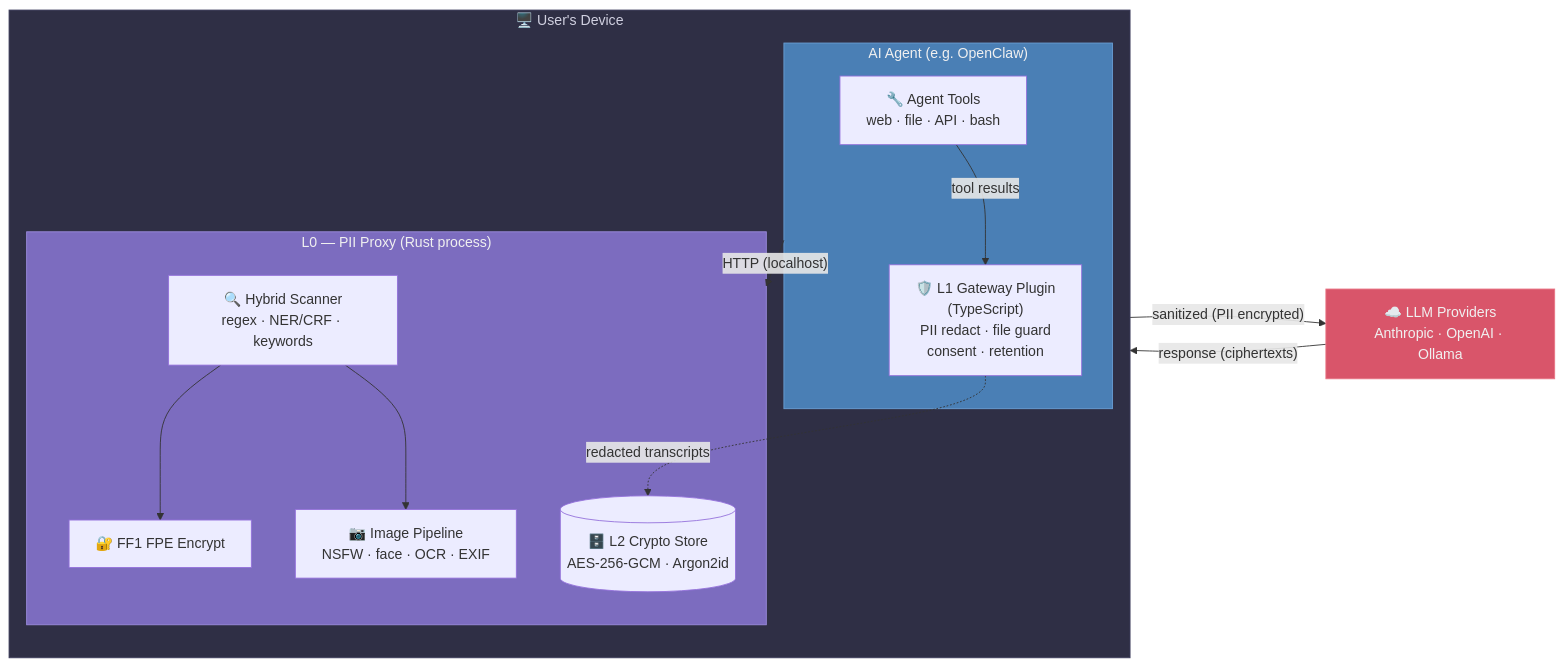
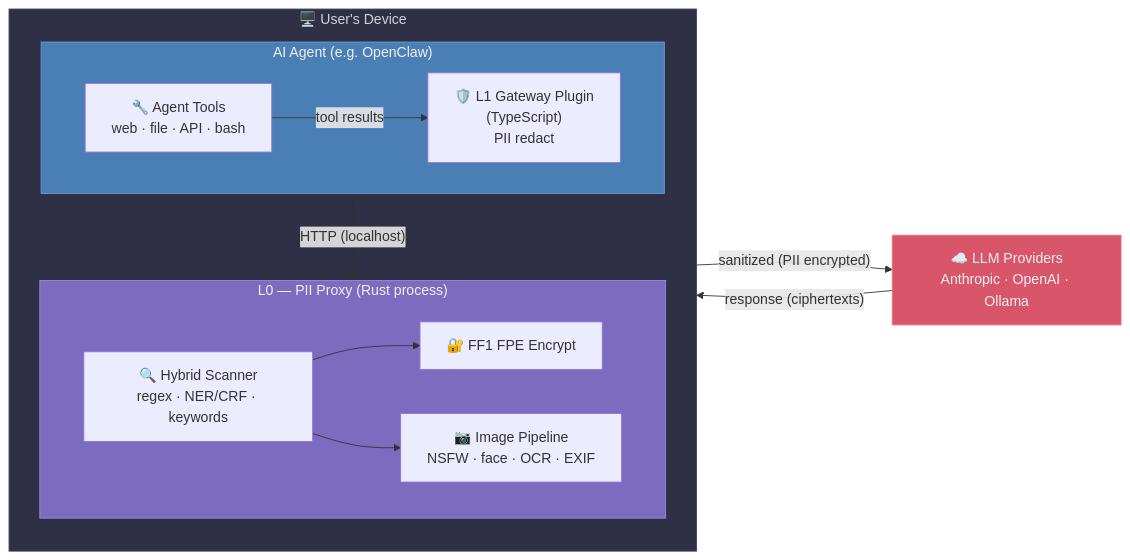
One commit to OpenObscure/OpenObscure changed the third of 5 diagrams in README.md. Above: the diagram before and after it, drawn with Mermaid. The commit also changed other lines of this file and 54 other files, not shown here.

````diff
--- a/README.md
+++ b/README.md
@@ -88,28 +153,26 @@
 ```mermaid
 flowchart LR
     subgraph device ["🖥️ User's Device"]
         direction TB
         subgraph agent ["AI Agent (e.g. OpenClaw)"]
             tools["🔧 Agent Tools<br>web · file · API · bash"]
-            L1["🛡️ L1 Gateway Plugin<br>(TypeScript)<br>PII redact · file guard<br>consent · retention"]
+            L1["🛡️ L1 Gateway Plugin<br>(TypeScript)<br>PII redact"]
             tools -- "tool results" --> L1
         end
         subgraph proxy ["L0 — PII Proxy (Rust process)"]
             scanner["🔍 Hybrid Scanner<br>regex · NER/CRF · keywords"]
             fpe["🔐 FF1 FPE Encrypt"]
             img["📷 Image Pipeline<br>NSFW · face · OCR · EXIF"]
-            crypt[("🗄️ L2 Crypto Store<br>AES-256-GCM · Argon2id")]
             scanner --> fpe
             scanner --> img
         end
         agent -- "HTTP (localhost)" --> proxy
-        L1 -. "redacted transcripts" .-> crypt
     end
     proxy -- "sanitized (PII encrypted)" --> llm["☁️ LLM Providers<br>Anthropic · OpenAI · Ollama"]
     llm -- "response (ciphertexts)" --> proxy
 
     style device fill:#2f2f45,stroke:#3f3f5e,color:#d0d0e0
     style agent fill:#4a7fb5,stroke:#6a9fd5,color:#f0f0f0
     style proxy fill:#7c6cbf,stroke:#9c8cdf,color:#f0f0f0
     style llm fill:#d9556a,stroke:#e97585,color:#f0f0f0
 ```
````
